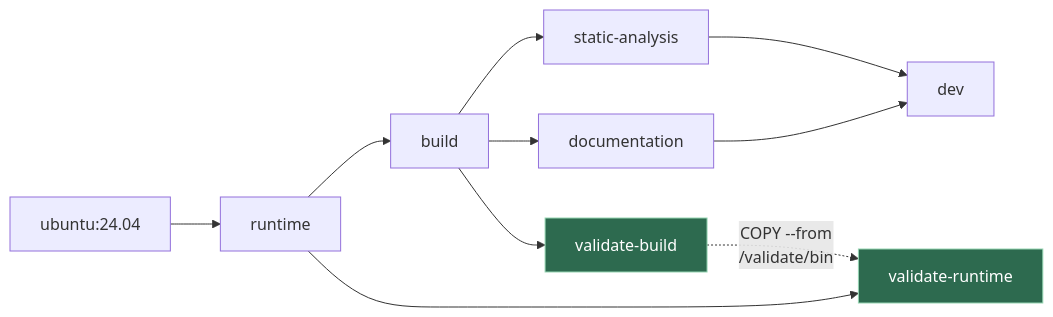
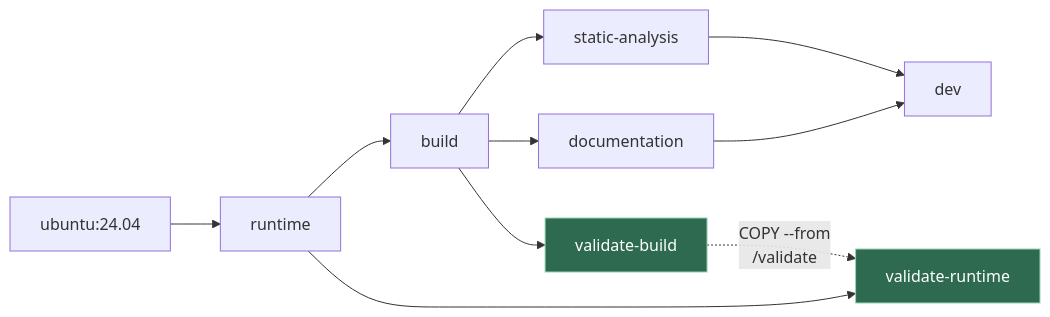
Before and after one commit to GuillaumeDua/cpp-toolchain: the first of 3 diagrams in docs/IMAGES_VALIDATION.md, drawn with Mermaid. The commit also changed other lines of this file and 9 other files, not shown here.

````diff
--- a/docs/IMAGES_VALIDATION.md
+++ b/docs/IMAGES_VALIDATION.md
@@ -77,16 +77,16 @@
 ```mermaid
 graph LR
     base["ubuntu:24.04"] --> runtime
     runtime --> build
     build --> sa["static-analysis"]
     build --> doc["documentation"]
     sa --> dev
     doc --> dev
 
     build --> vb["validate-build"]
     runtime --> vr["validate-runtime"]
-    vb -. "COPY --from<br/>/validate/bin" .-> vr
+    vb -. "COPY --from<br/>/validate" .-> vr
 
     classDef gate fill:#2d6a4f,stroke:#95d5b2,color:#ffffff
     class vb,vr gate
 ```
````
